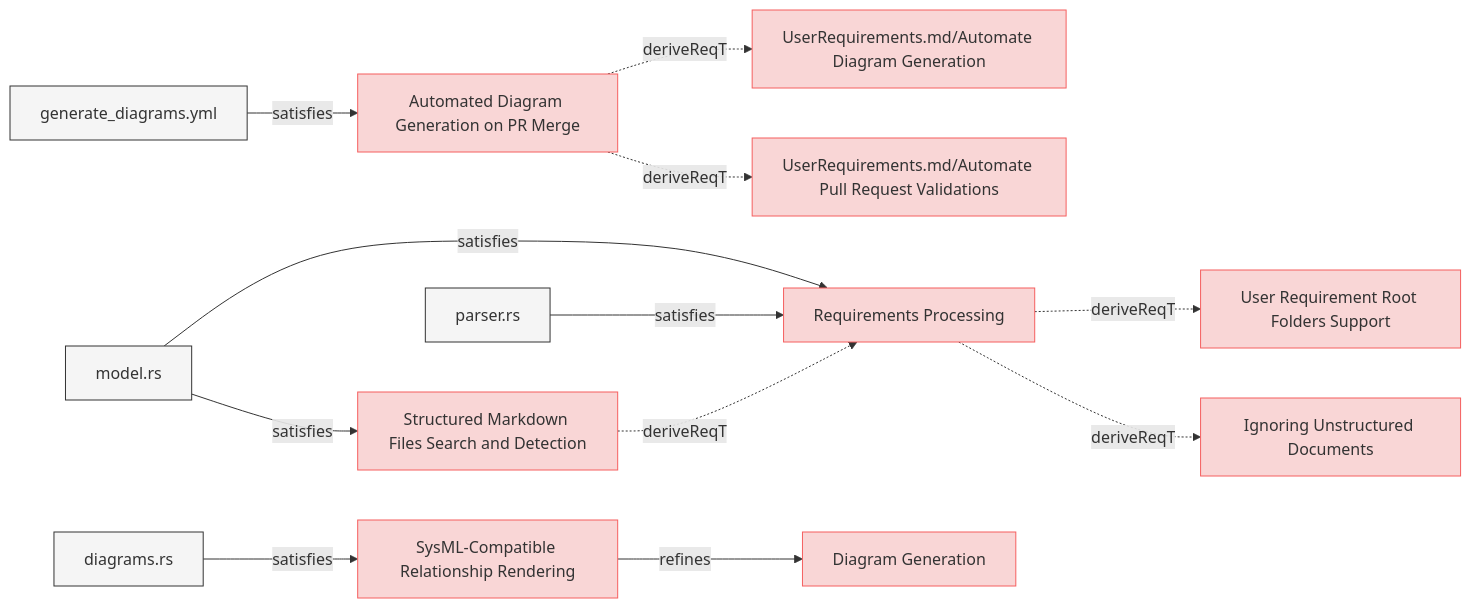
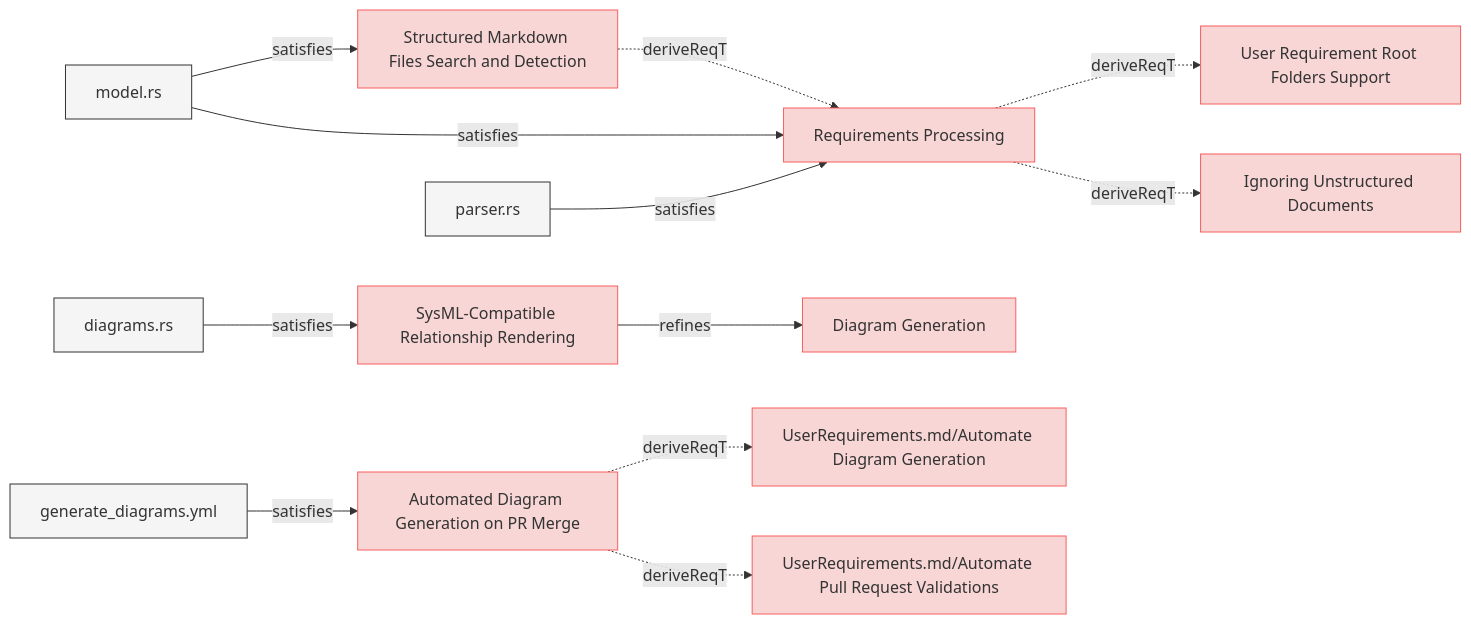
The fourth of 8 diagrams in specifications/SystemRequirements/Requirements.md (reqvire-org/reqvire), drawn with Mermaid before and after one commit. The commit also changed other lines of this file and 29 other files, not shown here.

````diff
--- a/specifications/SystemRequirements/Requirements.md
+++ b/specifications/SystemRequirements/Requirements.md
@@ -485,62 +498,62 @@
 ```mermaid
 graph LR;
   %% Graph styling
   classDef requirement fill:#f9d6d6,stroke:#f55f5f,stroke-width:1px;
   classDef verification fill:#d6f9d6,stroke:#5fd75f,stroke-width:1px;
   classDef externalLink fill:#d0e0ff,stroke:#3080ff,stroke-width:1px;
   classDef default fill:#f5f5f5,stroke:#333333,stroke-width:1px;
 
-  3e3df7ad427a88fa["Automated Diagram Generation on PR Merge"];
-  class 3e3df7ad427a88fa requirement;
-  click 3e3df7ad427a88fa "Requirements.md#automated-diagram-generation-on-pr-merge";
-  98a581084d5542fa["UserRequirements.md/Automate Diagram Generation"];
-  class 98a581084d5542fa requirement;
-  click 98a581084d5542fa "../UserRequirements.md#automate-diagram-generation";
-  3e3df7ad427a88fa -.->|deriveReqT| 98a581084d5542fa;
-  15f2f511b2399406["UserRequirements.md/Automate Pull Request Validations"];
-  class 15f2f511b2399406 requirement;
-  click 15f2f511b2399406 "../UserRequirements.md#automate-pull-request-validations";
-  3e3df7ad427a88fa -.->|deriveReqT| 15f2f511b2399406;
-  98af8a1cf9c86822["generate_diagrams.yml"];
-  class 98af8a1cf9c86822 default;
-  click 98af8a1cf9c86822 "../../.github/workflows/generate_diagrams.yml";
-  98af8a1cf9c86822 -->|satisfies| 3e3df7ad427a88fa;
+  66582f9b6bdde6c4["Structured Markdown Files Search and Detection"];
+  class 66582f9b6bdde6c4 requirement;
+  click 66582f9b6bdde6c4 "Requirements.md#structured-markdown-files-search-and-detection";
   bed8d0948b3e5ccd["Requirements Processing"];
   class bed8d0948b3e5ccd requirement;
   click bed8d0948b3e5ccd "Requirements.md#requirements-processing";
+  66582f9b6bdde6c4 -.->|deriveReqT| bed8d0948b3e5ccd;
+  d50a859650933e55["model.rs"];
+  class d50a859650933e55 default;
+  click d50a859650933e55 "../../core/src/model.rs";
+  d50a859650933e55 -->|satisfies| 66582f9b6bdde6c4;
+  379a8586548b9ac7["SysML-Compatible Relationship Rendering"];
+  class 379a8586548b9ac7 requirement;
+  click 379a8586548b9ac7 "Requirements.md#sysml-compatible-relationship-rendering";
+  e9aee7d9477f4abe["Diagram Generation"];
+  class e9aee7d9477f4abe requirement;
+  click e9aee7d9477f4abe "Requirements.md#diagram-generation";
+  379a8586548b9ac7 -->|refines| e9aee7d9477f4abe;
+  dad7eeb932afdb92["diagrams.rs"];
+  class dad7eeb932afdb92 default;
+  click dad7eeb932afdb92 "../../core/src/diagrams.rs";
+  dad7eeb932afdb92 -->|satisfies| 379a8586548b9ac7;
   a9d6e2569d5acd60["User Requirement Root Folders Support"];
   class a9d6e2569d5acd60 requirement;
   click a9d6e2569d5acd60 "Requirements.md#user-requirement-root-folders-support";
   bed8d0948b3e5ccd -.->|deriveReqT| a9d6e2569d5acd60;
   be83c2991e9535c7["Ignoring Unstructured Documents"];
   class be83c2991e9535c7 requirement;
   click be83c2991e9535c7 "Requirements.md#ignoring-unstructured-documents";
   bed8d0948b3e5ccd -.->|deriveReqT| be83c2991e9535c7;
   d50a859650933e55["model.rs"];
   class d50a859650933e55 default;
   click d50a859650933e55 "../../core/src/model.rs";
   d50a859650933e55 -->|satisfies| bed8d0948b3e5ccd;
   f22d93285fcd7664["parser.rs"];
   class f22d93285fcd7664 default;
   click f22d93285fcd7664 "../../core/src/parser.rs";
   f22d93285fcd7664 -->|satisfies| bed8d0948b3e5ccd;
-  379a8586548b9ac7["SysML-Compatible Relationship Rendering"];
-  class 379a8586548b9ac7 requirement;
-  click 379a8586548b9ac7 "Requirements.md#sysml-compatible-relationship-rendering";
-  e9aee7d9477f4abe["Diagram Generation"];
-  class e9aee7d9477f4abe requirement;
-  click e9aee7d9477f4abe "Requirements.md#diagram-generation";
-  379a8586548b9ac7 -->|refines| e9aee7d9477f4abe;
-  dad7eeb932afdb92["diagrams.rs"];
-  class dad7eeb932afdb92 default;
-  click dad7eeb932afdb92 "../../core/src/diagrams.rs";
-  dad7eeb932afdb92 -->|satisfies| 379a8586548b9ac7;
-  66582f9b6bdde6c4["Structured Markdown Files Search and Detection"];
-  class 66582f9b6bdde6c4 requirement;
-  click 66582f9b6bdde6c4 "Requirements.md#structured-markdown-files-search-and-detection";
-  66582f9b6bdde6c4 -.->|deriveReqT| bed8d0948b3e5ccd;
-  d50a859650933e55["model.rs"];
-  class d50a859650933e55 default;
-  click d50a859650933e55 "../../core/src/model.rs";
-  d50a859650933e55 -->|satisfies| 66582f9b6bdde6c4;
+  3e3df7ad427a88fa["Automated Diagram Generation on PR Merge"];
+  class 3e3df7ad427a88fa requirement;
+  click 3e3df7ad427a88fa "Requirements.md#automated-diagram-generation-on-pr-merge";
+  98a581084d5542fa["UserRequirements.md/Automate Diagram Generation"];
+  class 98a581084d5542fa requirement;
+  click 98a581084d5542fa "../UserRequirements.md#automate-diagram-generation";
+  3e3df7ad427a88fa -.->|deriveReqT| 98a581084d5542fa;
+  15f2f511b2399406["UserRequirements.md/Automate Pull Request Validations"];
+  class 15f2f511b2399406 requirement;
+  click 15f2f511b2399406 "../UserRequirements.md#automate-pull-request-validations";
+  3e3df7ad427a88fa -.->|deriveReqT| 15f2f511b2399406;
+  98af8a1cf9c86822["generate_diagrams.yml"];
+  class 98af8a1cf9c86822 default;
+  click 98af8a1cf9c86822 "../../.github/workflows/generate_diagrams.yml";
+  98af8a1cf9c86822 -->|satisfies| 3e3df7ad427a88fa;
 ```
````
